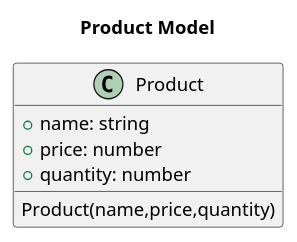
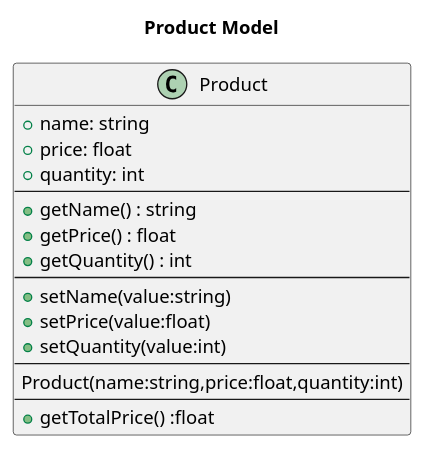
The diagram in Python/chapter_04_01_productmodel.wsd (SELIMCNR/Uygulamlarla-Nesne-Yonelimli-Programlama-Farkl-D-ler), drawn with PlantUML before and after one commit. The commit also changed 4 other files, not shown here.

```diff
--- a/Python/chapter_04_01_productmodel.wsd
+++ b/Python/chapter_04_01_productmodel.wsd
@@ -1,12 +1,23 @@
 @startuml class Diagram 
 title Product Model
 
 class Product{
     +name: string
-    +price: number
-    +quantity: number
-    Product(name,price,quantity)    
+    +price: float
+    +quantity: int
+    --
+    +getName() : string
+    +getPrice() : float
+    +getQuantity() : int
+    --
+    +setName(value:string)
+    +setPrice(value:float)
+    +setQuantity(value:int)
+    --
+    Product(name:string,price:float,quantity:int)   
+    --
+    +getTotalPrice() :float
 }
 
 
 @enduml 
```
